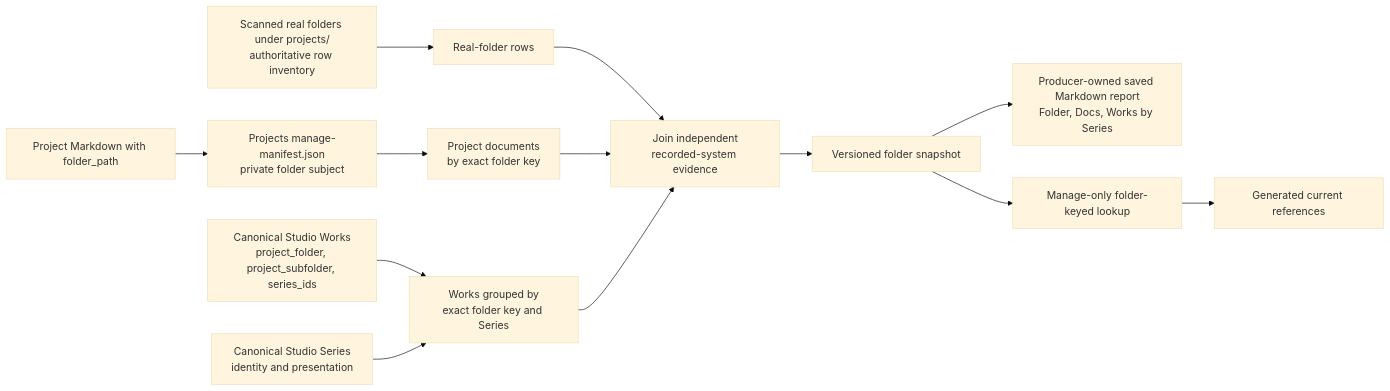
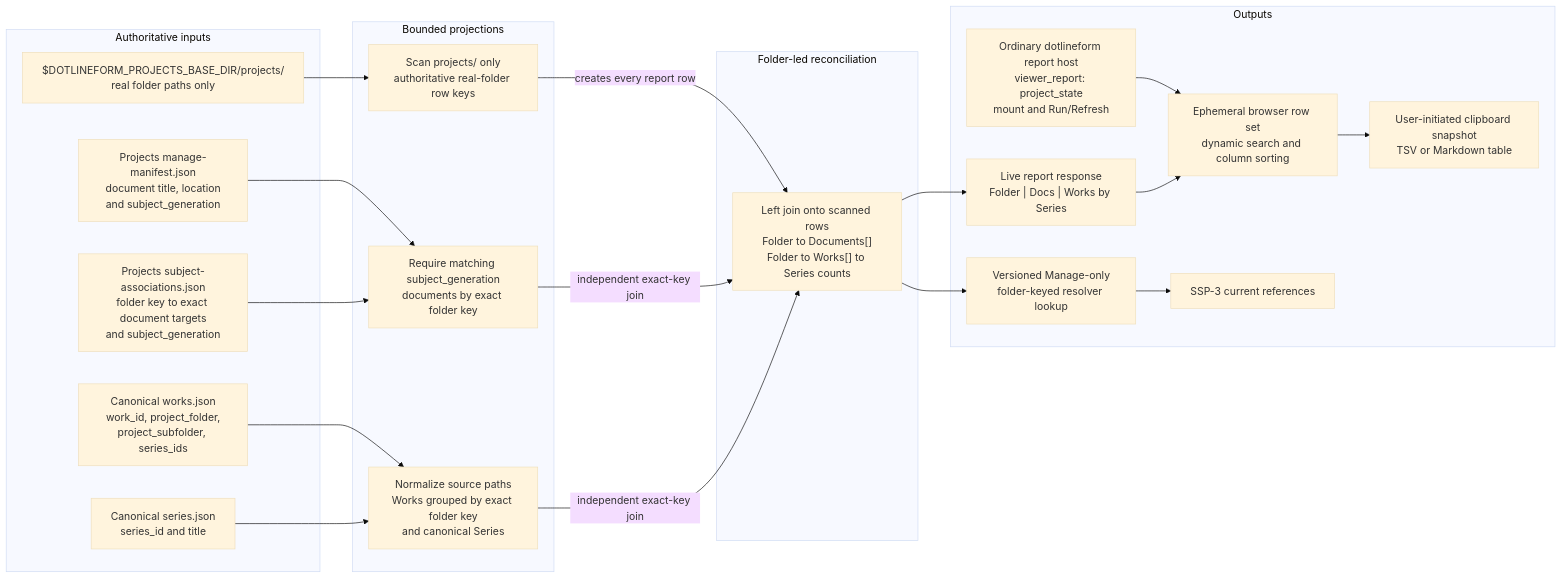
Before and after one commit to dotlineform/dotlineform-site: the diagram in docs-viewer/scopes/studio/source/documents/d-20260802-121105-c574f9.md, drawn with Mermaid (base theme). The commit also changed other lines of this file and 9 other files, not shown here.

Commit message:
Project State report spec and delivery docs

````diff
--- a/docs-viewer/scopes/studio/source/documents/d-20260802-121105-c574f9.md
+++ b/docs-viewer/scopes/studio/source/documents/d-20260802-121105-c574f9.md
@@ -42,19 +42,45 @@
 ```mermaid
 flowchart LR
-    accTitle: Project State folder-centred reconciliation
-    accDescr: Scanned real folders establish the report rows; Project documents and canonical Works independently join to each row by exact folder identity, and matched Works provide Series membership counts.
+    accTitle: Project State report data flow
+    accDescr: The projects folder scan establishes the real-folder rows. Matching Projects document associations and canonical Works join independently by exact folder key. Works are grouped through canonical Series before the live report and resolver lookup are produced.
 
-    folderDocs["Project Markdown with folder_path"] --> projectManifest["Projects manage-manifest.json<br/>private folder subject"]
-    projectManifest --> docsByFolder["Project documents<br/>by exact folder key"]
-    works["Canonical Studio Works<br/>project_folder, project_subfolder, series_ids"] --> worksByFolder["Works grouped by<br/>exact folder key and Series"]
-    series["Canonical Studio Series<br/>identity and presentation"] --> worksByFolder
-    folders["Scanned real folders under projects/<br/>authoritative row inventory"] --> rows["Real-folder rows"]
-    rows --> reconcile["Join independent<br/>recorded-system evidence"]
-    docsByFolder --> reconcile
-    worksByFolder --> reconcile
+    subgraph inputs["Authoritative inputs"]
+        folders["$DOTLINEFORM_PROJECTS_BASE_DIR/projects/<br/>real folder paths only"]
+        projectManifest["Projects manage-manifest.json<br/>document title, location<br/>and subject_generation"]
+        associations["Projects subject-associations.json<br/>folder key to exact document targets<br/>and subject_generation"]
+        works["Canonical works.json<br/>work_id, project_folder,<br/>project_subfolder, series_ids"]
+        series["Canonical series.json<br/>series_id and title"]
+    end
 
-    reconcile --> snapshot["Versioned folder snapshot"]
-    snapshot --> report["Producer-owned saved Markdown report<br/>Folder, Docs, Works by Series"]
-    snapshot --> folderLookup["Manage-only folder-keyed lookup"]
-    folderLookup --> resolver["Generated current references"]
+    subgraph projections["Bounded projections"]
+        scannedRows["Scan projects/ only<br/>authoritative real-folder row keys"]
+        docsByFolder["Require matching subject_generation<br/>documents by exact folder key"]
+        worksByFolder["Normalize source paths<br/>Works grouped by exact folder key<br/>and canonical Series"]
+    end
+
+    subgraph reconciliation["Folder-led reconciliation"]
+        join["Left join onto scanned rows<br/>Folder to Documents[]<br/>Folder to Works[] to Series counts"]
+    end
+
+    subgraph outputs["Outputs"]
+        liveResult["Live report response<br/>Folder | Docs | Works by Series"]
+        reportHost["Ordinary dotlineform report host<br/>viewer_report: project_state<br/>mount and Run/Refresh"]
+        browserRows["Ephemeral browser row set<br/>dynamic search and column sorting"]
+        clipboard["User-initiated clipboard snapshot<br/>TSV or Markdown table"]
+        folderLookup["Versioned Manage-only<br/>folder-keyed resolver lookup"]
+        resolver["SSP-3 current references"]
+    end
+
+    folders --> scannedRows
+    scannedRows -->|"creates every report row"| join
+    projectManifest --> docsByFolder
+    associations --> docsByFolder
+    docsByFolder -->|"independent exact-key join"| join
+    works --> worksByFolder
+    series --> worksByFolder
+    worksByFolder -->|"independent exact-key join"| join
+    reportHost --> browserRows
+    join --> liveResult --> browserRows
+    browserRows --> clipboard
+    join --> folderLookup --> resolver
 ```
````
